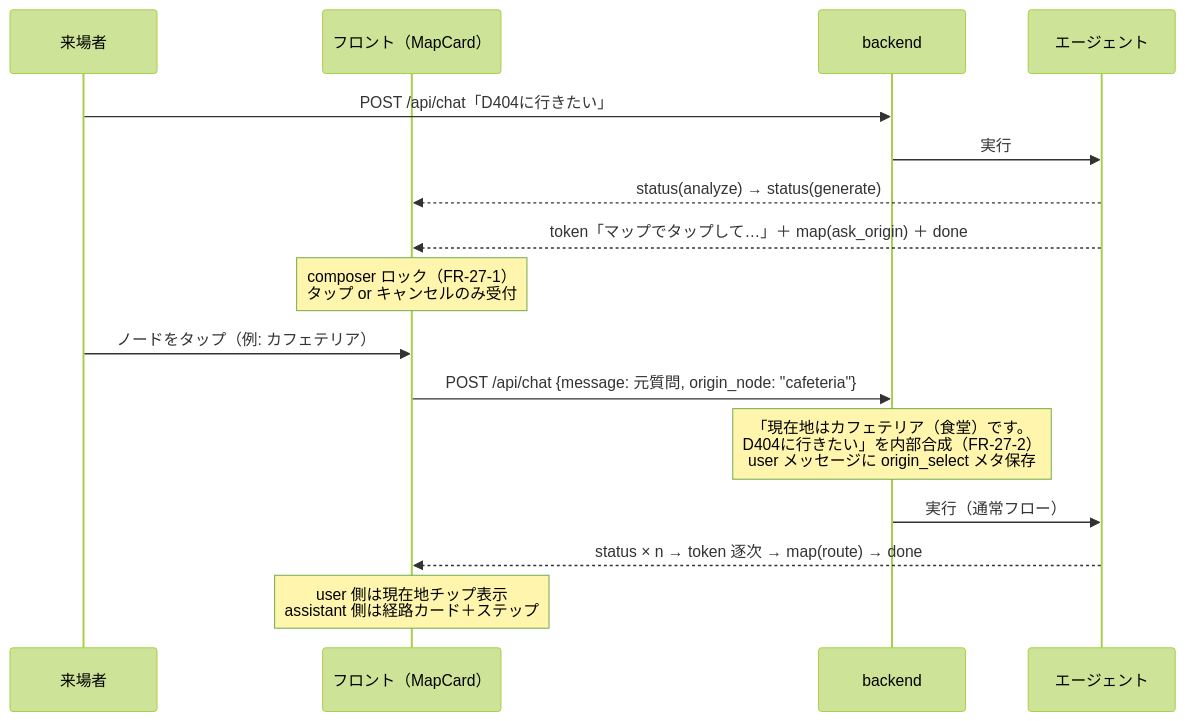
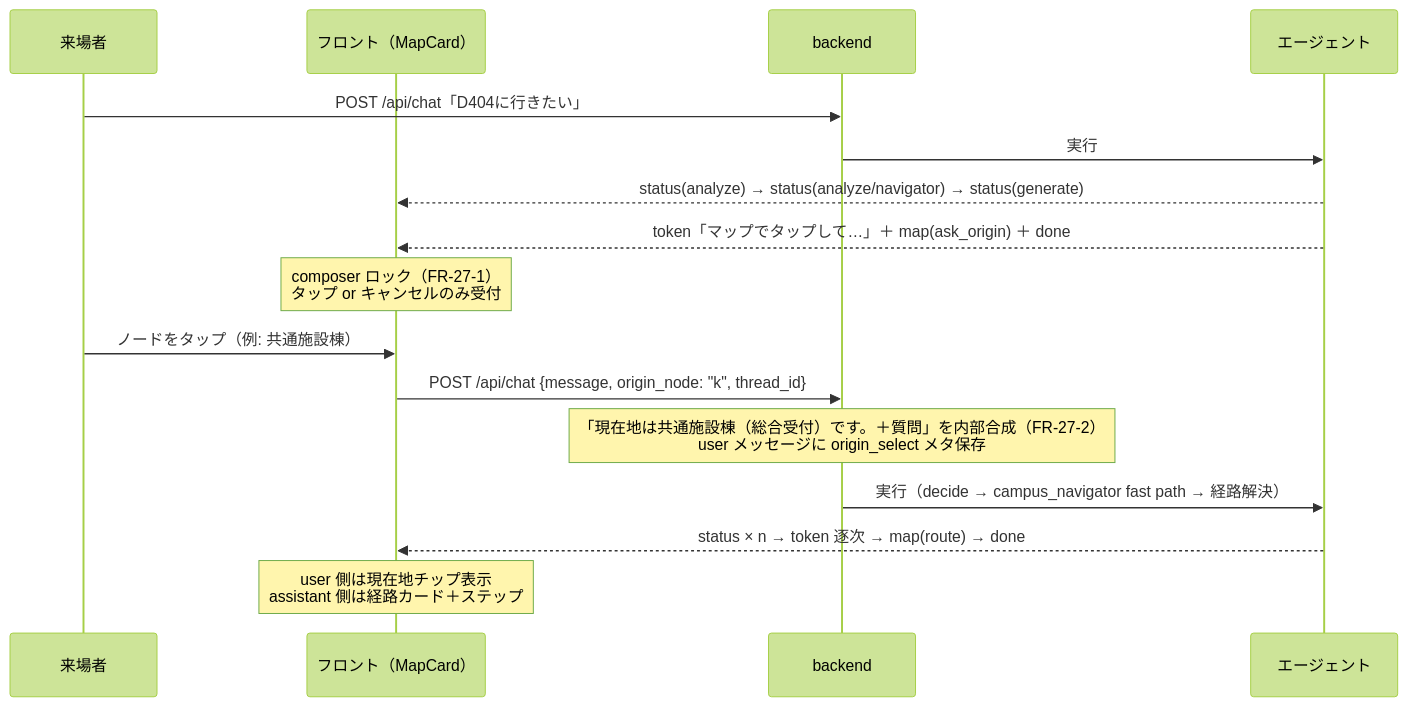
One commit to TakaJun02/sarutahiko changed the third of 3 diagrams in docs/AGENT_ARCHITECTURE.md. Above: the diagram before and after it, drawn with Mermaid (forest theme). The commit also changed other lines of this file and 2 other files, not shown here.

Commit message:
docs: FR-34 実装完了に伴う §10 更新 — AGENT_ARCHITECTURE v2.0（ReAct 全面改稿）・AGENT_HARNESS v6 章（decide/navigator プロンプト全文・定数・検収記録）・ARCHITECTURE v0.5（31B PP=2 検証済み・本番既定 12B 維持）

````diff
--- a/docs/AGENT_ARCHITECTURE.md
+++ b/docs/AGENT_ARCHITECTURE.md
@@ -150,19 +151,19 @@
 ```mermaid
 sequenceDiagram
     participant U as 来場者
     participant F as フロント（MapCard）
     participant B as backend
     participant A as エージェント
 
     U->>B: POST /api/chat「D404に行きたい」
     B->>A: 実行
-    A-->>F: status(analyze) → status(generate)
+    A-->>F: status(analyze) → status(analyze/navigator) → status(generate)
     A-->>F: token「マップでタップして…」＋ map(ask_origin) ＋ done
     Note over F: composer ロック（FR-27-1）<br/>タップ or キャンセルのみ受付
-    U->>F: ノードをタップ（例: カフェテリア）
-    F->>B: POST /api/chat {message: 元質問, origin_node: "cafeteria"}
-    Note over B: 「現在地はカフェテリア（食堂）です。<br/>D404に行きたい」を内部合成（FR-27-2）<br/>user メッセージに origin_select メタ保存
-    B->>A: 実行（通常フロー）
+    U->>F: ノードをタップ（例: 共通施設棟）
+    F->>B: POST /api/chat {message, origin_node: "k", thread_id}
+    Note over B: 「現在地は共通施設棟（総合受付）です。＋質問」を内部合成（FR-27-2）<br/>user メッセージに origin_select メタ保存
+    B->>A: 実行（decide → campus_navigator fast path → 経路解決）
     A-->>F: status × n → token 逐次 → map(route) → done
     Note over F: user 側は現在地チップ表示<br/>assistant 側は経路カード＋ステップ
 ```
````
